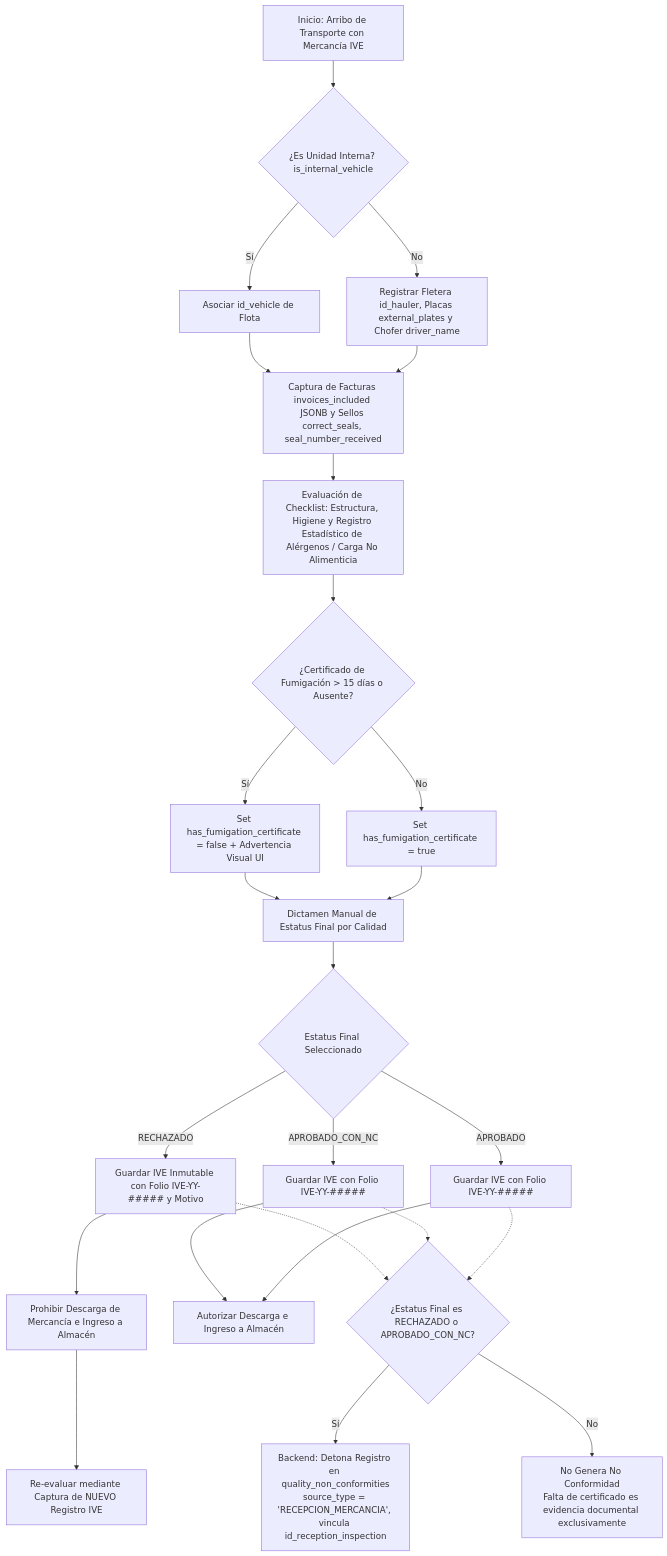
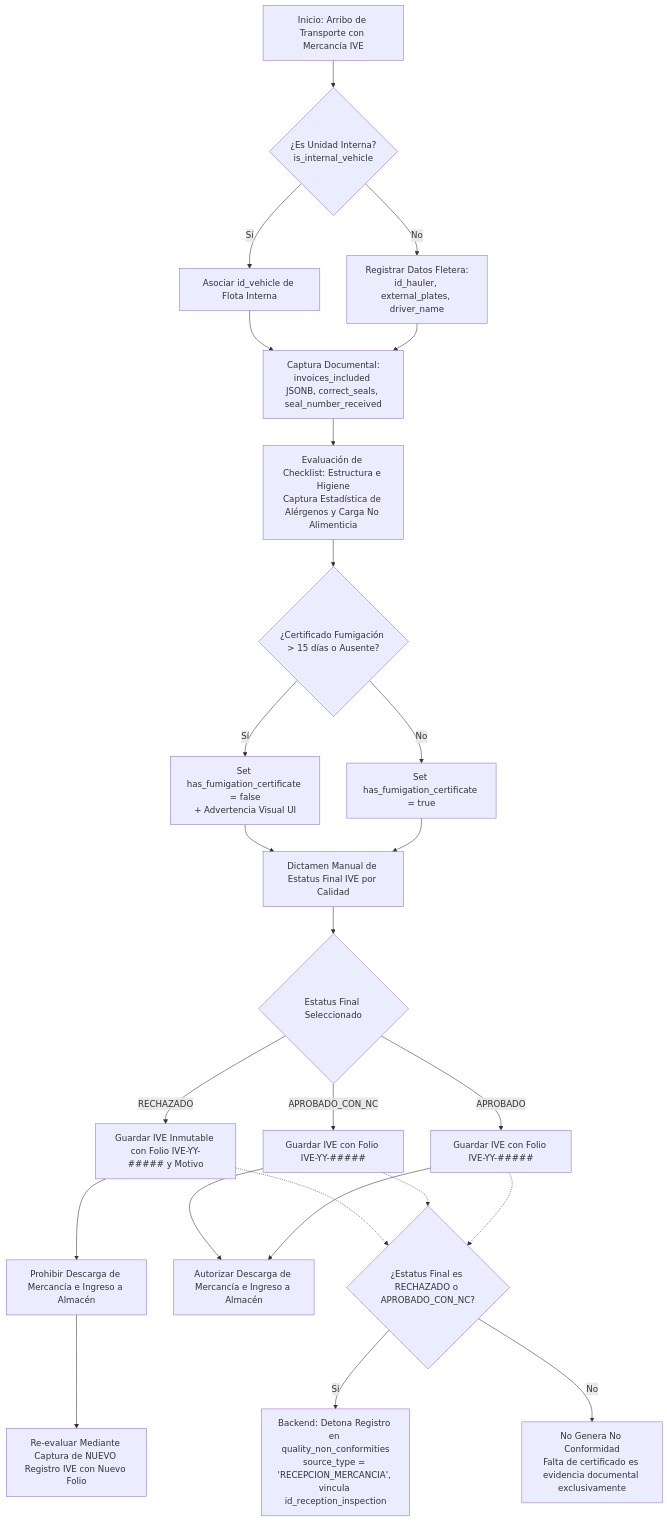
The second of 2 diagrams in docs/modules/vehicle_inspection.md (Automatizacion-KPC/KoonolApp), drawn with Mermaid before and after one commit. The commit also changed other lines of this file, not shown here.

Commit message:
docs(vhi/docs): corregir BR-VHI-01, BR-VHI-02, US-VHI-01, US-VHI-02 y diagramas de flujo para estar más acorde con módulo qnc [chore]

````diff
--- a/docs/modules/vehicle_inspection.md
+++ b/docs/modules/vehicle_inspection.md
@@ -186,39 +192,39 @@
 ```mermaid
 graph TD
-    A1[Inicio: Arribo de Transporte con Mercancía IVE] --> B1{¿Es Unidad Interna? is_internal_vehicle}
+    A1[Inicio: Arribo de Transporte con Mercancía IVE] --> B1{¿Es Unidad Interna?<br/>is_internal_vehicle}
 
-    B1 -- Sí --> C1[Asociar id_vehicle de Flota]
-    B1 -- No --> D1[Registrar Fletera id_hauler, Placas external_plates y Chofer driver_name]
+    B1 -- Sí --> C1[Asociar id_vehicle de Flota Interna]
+    B1 -- No --> D1[Registrar Datos Fletera:<br/>id_hauler, external_plates, driver_name]
 
-    C1 --> E1[Captura de Facturas invoices_included JSONB y Sellos correct_seals, seal_number_received]
+    C1 --> E1[Captura Documental:<br/>invoices_included JSONB, correct_seals, seal_number_received]
     D1 --> E1
 
-    E1 --> F1[Evaluación de Checklist: Estructura, Higiene y Registro Estadístico de Alérgenos / Carga No Alimenticia]
-    F1 --> G1{¿Certificado de Fumigación > 15 días o Ausente?}
+    E1 --> F1[Evaluación de Checklist: Estructura e Higiene<br/>Captura Estadística de Alérgenos y Carga No Alimenticia]
+    F1 --> G1{¿Certificado Fumigación > 15 días o Ausente?}
 
-    G1 -- Sí --> H1[Set has_fumigation_certificate = false + Advertencia Visual UI]
+    G1 -- Sí --> H1[Set has_fumigation_certificate = false<br/>+ Advertencia Visual UI]
     G1 -- No --> I1[Set has_fumigation_certificate = true]
 
-    H1 --> J1[Dictamen Manual de Estatus Final por Calidad]
+    H1 --> J1[Dictamen Manual de Estatus Final IVE por Calidad]
     I1 --> J1
 
     J1 --> K1{Estatus Final Seleccionado}
 
     K1 -- RECHAZADO --> L1[Guardar IVE Inmutable con Folio IVE-YY-##### y Motivo]
     L1 --> M1[Prohibir Descarga de Mercancía e Ingreso a Almacén]
-    M1 --> N1[Re-evaluar mediante Captura de NUEVO Registro IVE]
+    M1 --> N1[Re-evaluar Mediante Captura de NUEVO Registro IVE con Nuevo Folio]
 
     K1 -- APROBADO_CON_NC --> O1[Guardar IVE con Folio IVE-YY-#####]
-    O1 --> P1[Autorizar Descarga e Ingreso a Almacén]
+    O1 --> P1[Autorizar Descarga de Mercancía e Ingreso a Almacén]
 
     K1 -- APROBADO --> O2[Guardar IVE con Folio IVE-YY-#####]
     O2 --> P1
 
     NC_CHECK_IVE{¿Estatus Final es RECHAZADO o APROBADO_CON_NC?}
     L1 -.-> NC_CHECK_IVE
     O1 -.-> NC_CHECK_IVE
     O2 -.-> NC_CHECK_IVE
 
-    NC_CHECK_IVE -- Sí --> NC_GEN_IVE[Backend: Detona Registro en quality_non_conformities\nsource_type = 'RECEPCION_MERCANCIA', vincula id_reception_inspection]
-    NC_CHECK_IVE -- No --> NC_END_IVE[No Genera No Conformidad\nFalta de certificado es evidencia documental exclusivamente]
+    NC_CHECK_IVE -- Sí --> NC_GEN_IVE[Backend: Detona Registro en quality_non_conformities<br/>source_type = 'RECEPCION_MERCANCIA', vincula id_reception_inspection]
+    NC_CHECK_IVE -- No --> NC_END_IVE[No Genera No Conformidad<br/>Falta de certificado es evidencia documental exclusivamente]
 ```
````
